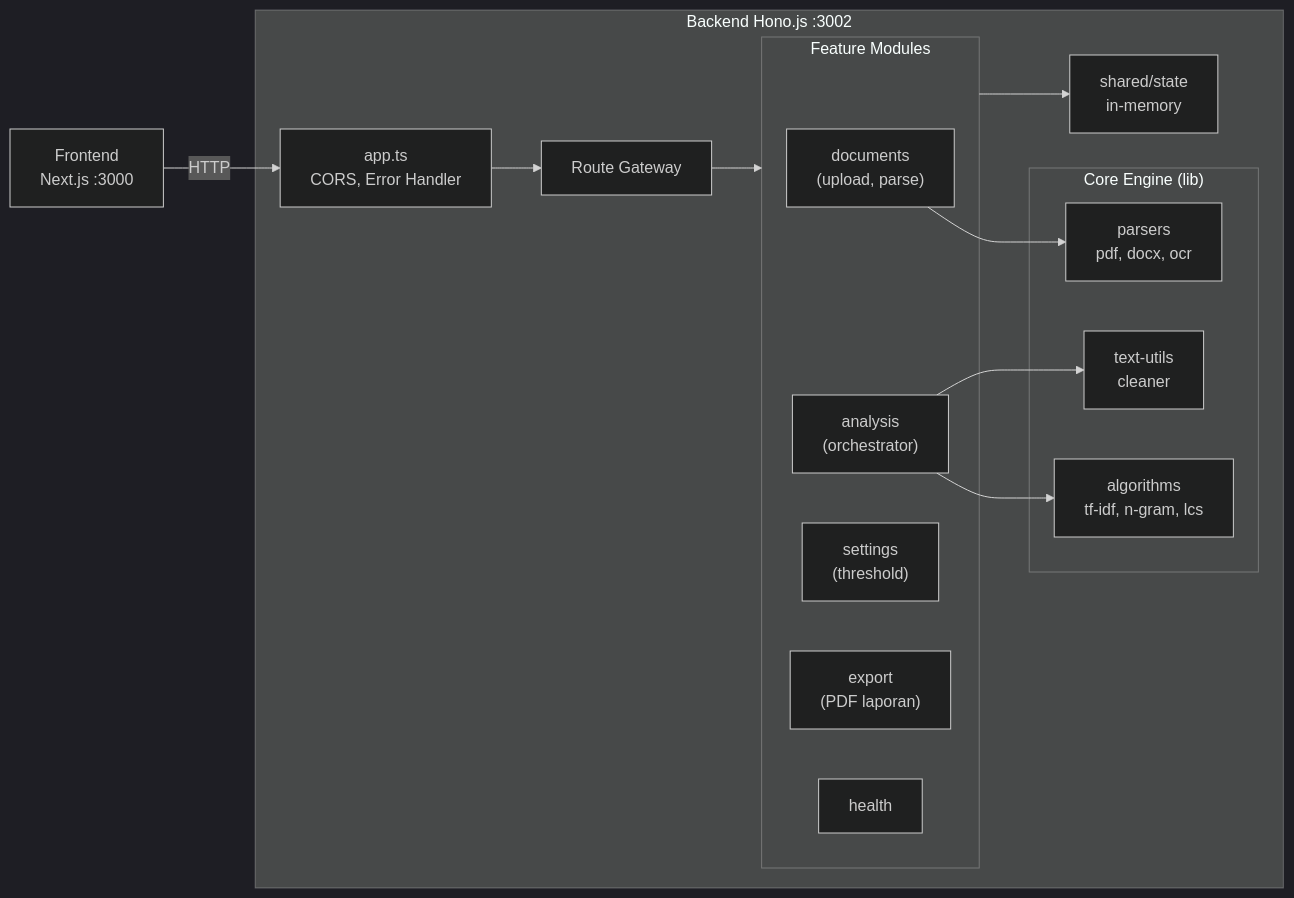
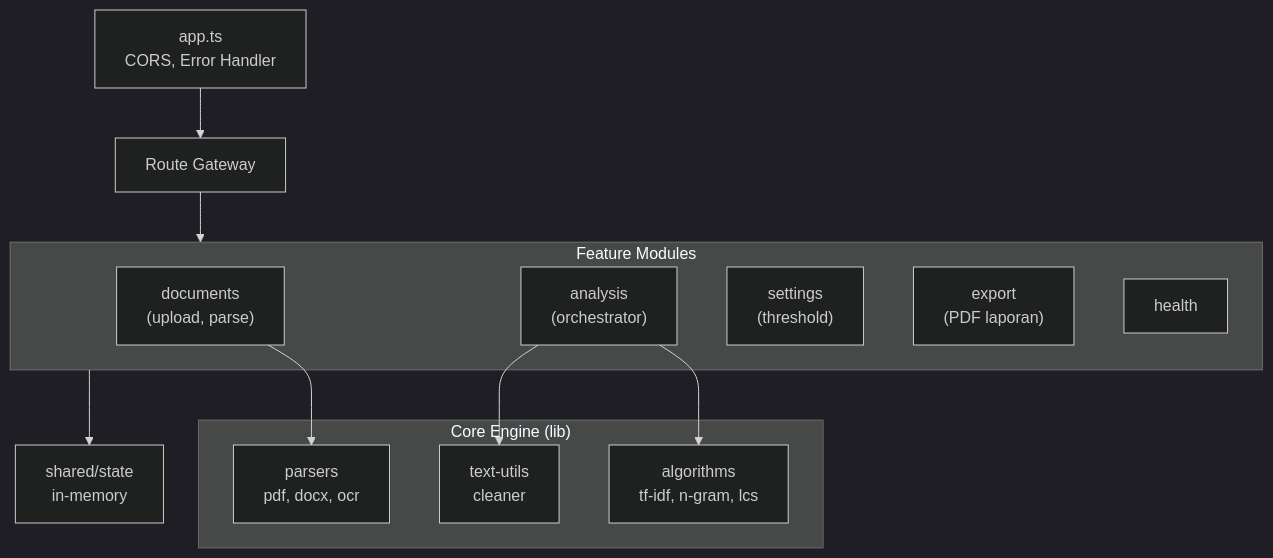
Before and after one commit to zenith-id/plagiarism-checker: the first of 3 diagrams in README.md, drawn with Mermaid (dark theme). The commit also changed other lines of this file and 1 other file, not shown here.

Commit message:
docs(readme): perbarui arsitektur root & fe dengan diagram mermaid

````diff
--- a/README.md
+++ b/README.md
@@ -62,33 +64,28 @@
 ```mermaid
-flowchart LR
-    FE["Frontend<br/>Next.js :3000"]
+flowchart TD
+    APP["app.ts<br/>CORS, Error Handler"]
+    GW["Route Gateway"]
 
-    subgraph BE["Backend Hono.js :3002"]
-        APP["app.ts<br/>CORS, Error Handler"]
-        GW["Route Gateway"]
-
-        subgraph M["Feature Modules"]
-            DOC["documents<br/>(upload, parse)"]
-            ANL["analysis<br/>(orchestrator)"]
-            SET["settings<br/>(threshold)"]
-            EXP["export<br/>(PDF laporan)"]
-            HTH["health"]
-        end
-
-        subgraph C["Core Engine (lib)"]
-            ALG["algorithms<br/>tf-idf, n-gram, lcs"]
-            PAR["parsers<br/>pdf, docx, ocr"]
-            TXT["text-utils<br/>cleaner"]
-        end
-
-        ST["shared/state<br/>in-memory"]
+    subgraph M["Feature Modules"]
+        DOC["documents<br/>(upload, parse)"]
+        ANL["analysis<br/>(orchestrator)"]
+        SET["settings<br/>(threshold)"]
+        EXP["export<br/>(PDF laporan)"]
+        HTH["health"]
     end
 
-    FE -- HTTP --> APP
+    subgraph C["Core Engine (lib)"]
+        ALG["algorithms<br/>tf-idf, n-gram, lcs"]
+        PAR["parsers<br/>pdf, docx, ocr"]
+        TXT["text-utils<br/>cleaner"]
+    end
+
+    ST["shared/state<br/>in-memory"]
+
     APP --> GW
     GW --> M
     ANL --> ALG
     ANL --> TXT
     DOC --> PAR
     M --> ST
 ```
````
